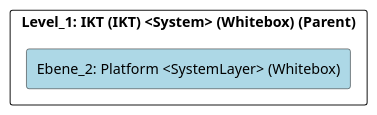
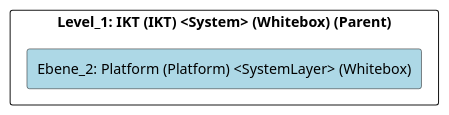
Before and after one commit to marcozwyssig/cleon: the diagram in src/cleon.architecturemethods.arc42.sample/doc/cleon_architecturemethods_arc42_sample_system/adoc/de/05_bausteinsicht/ikt/platform/ebene_2_platform.adoc, drawn with PlantUML. The commit also changed other lines of this file and 166 other files, not shown here.

```diff
--- a/src/cleon.architecturemethods.arc42.sample/doc/cleon_architecturemethods_arc42_sample_system/adoc/de/05_bausteinsicht/ikt/platform/ebene_2_platform.adoc
+++ b/src/cleon.architecturemethods.arc42.sample/doc/cleon_architecturemethods_arc42_sample_system/adoc/de/05_bausteinsicht/ikt/platform/ebene_2_platform.adoc
@@ -20,24 +20,24 @@
-[plantuml, Ebene_2: Platform <SystemLayer> (Whitebox)BlockOverview, format="svg"]
+[plantuml, Ebene_2: Platform (Platform) <SystemLayer> (Whitebox)BlockOverview, format="svg"]
 ----
-@startuml Ebene_2: Platform <SystemLayer> (Whitebox)BuildingBlockOverview
+@startuml Ebene_2: Platform (Platform) <SystemLayer> (Whitebox)BuildingBlockOverview
 
 skinparam ranksep 10
 skinparam componentStyle rectangle
 skinparam shadowing false
 skinparam arrowColor lightblue
 skinparam arrowThickness 1.2
 skinparam rectangle {
   BackgroundColor White
   BorderColor #333
   RoundCorner 10
 }
 top to bottom direction
 
 component "Level_1: IKT (IKT) <System> (Whitebox) (Parent)" {
-    component "Ebene_2: Platform <SystemLayer> (Whitebox)" #lightblue {
+    component "Ebene_2: Platform (Platform) <SystemLayer> (Whitebox)" #lightblue {
     }
 
 }
 
 @enduml
 ----
```
